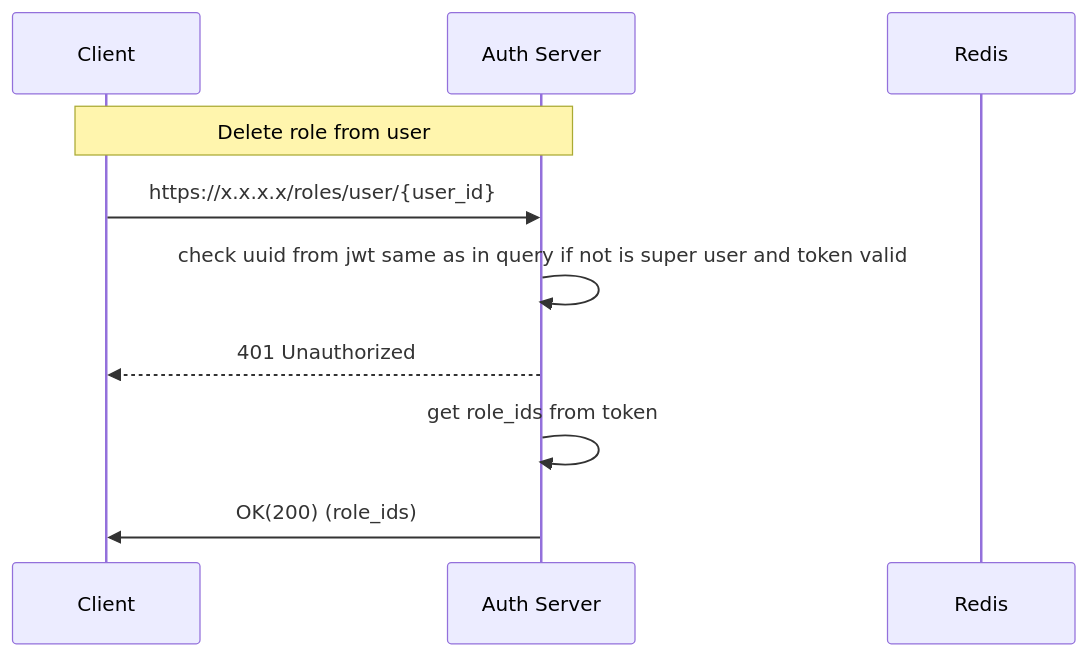
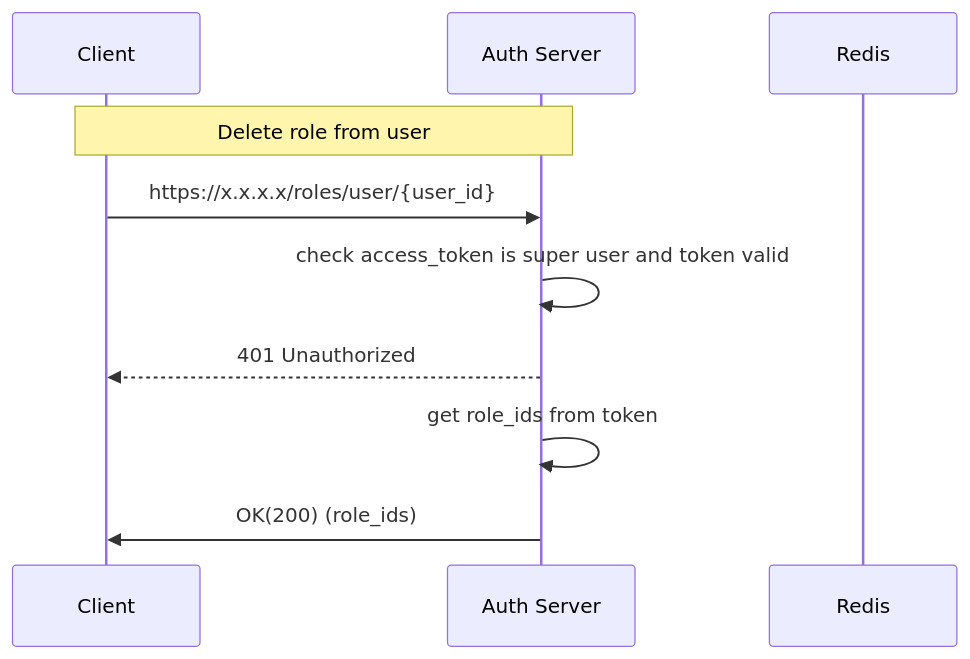
The diagram in Docs/2_roles/7_check_user_role.md (veselij/Auth_sprint_6_team_5), drawn with Mermaid before and after one commit. The commit also changed other lines of this file and 11 other files, not shown here.

````diff
--- a/Docs/2_roles/7_check_user_role.md
+++ b/Docs/2_roles/7_check_user_role.md
@@ -1,14 +1,14 @@
 ```mermaid
 sequenceDiagram
     participant C as Client  
     participant S as Auth Server
     participant R as Redis
 
 	Note over C, S: Delete role from user
 	C->>S: https://x.x.x.x/roles/user/{user_id}
-	S->>S: check uuid from jwt same as in query if not is super user and token valid
+	S->>S: check access_token is super user and token valid
 	S-->>C: 401 Unauthorized
 	S->>S: get role_ids from token
 	S->>C: OK(200) (role_ids)
 
 ```
````
